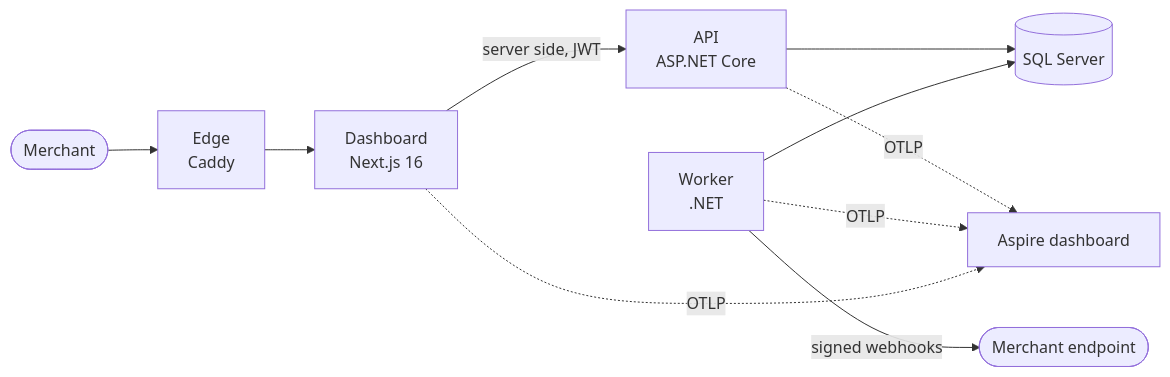
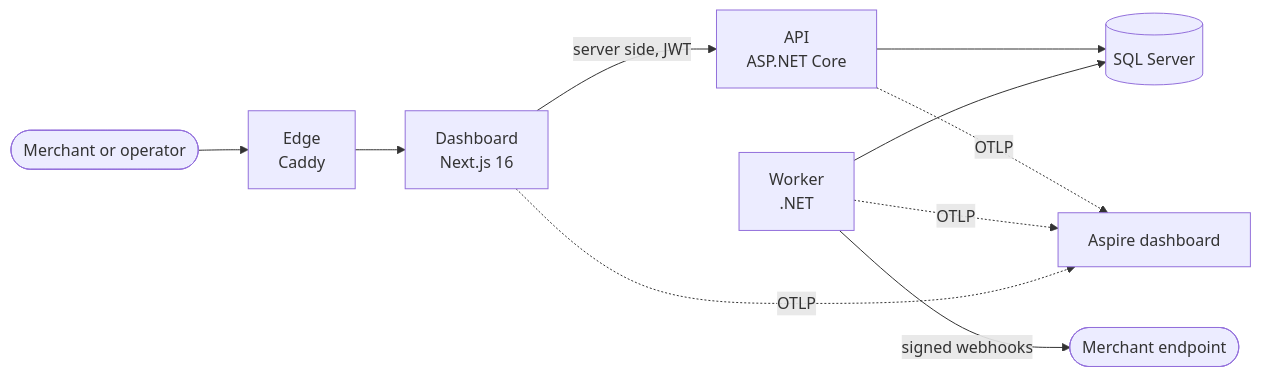
One commit to Antheagao/payment-platform changed the diagram in README.md. Above: the diagram before and after it, drawn with Mermaid. The commit also changed other lines of this file and 1 other file, not shown here.

````diff
--- a/README.md
+++ b/README.md
@@ -175,10 +172,10 @@
 ```mermaid
 flowchart LR
-    user([Merchant]) --> edge[Edge<br/>Caddy]
+    user([Merchant or operator]) --> edge[Edge<br/>Caddy]
     edge --> web[Dashboard<br/>Next.js 16]
     web -->|server side, JWT| api[API<br/>ASP.NET Core]
     api --> db[(SQL Server)]
     worker[Worker<br/>.NET] --> db
     worker -->|signed webhooks| hooks([Merchant endpoint])
     api & worker & web -.->|OTLP| otel[Aspire dashboard]
 ```
````
